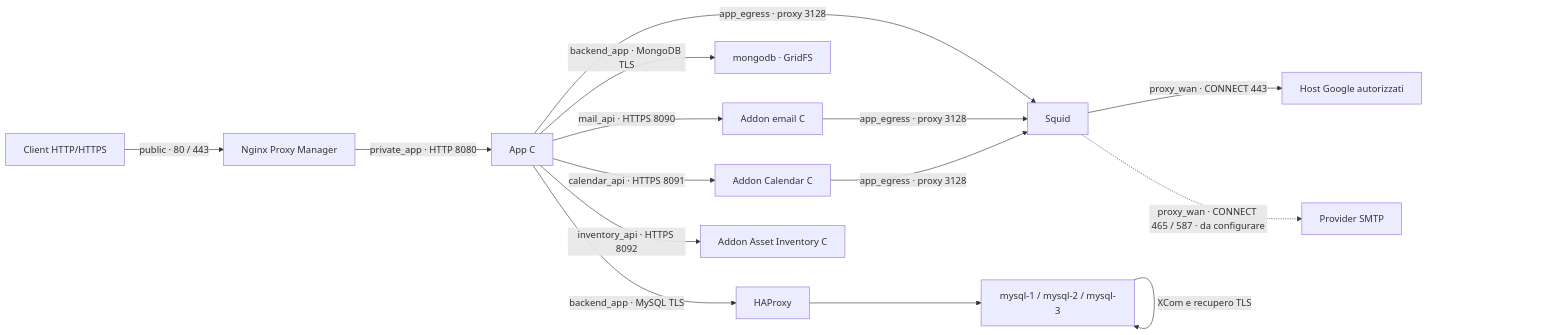
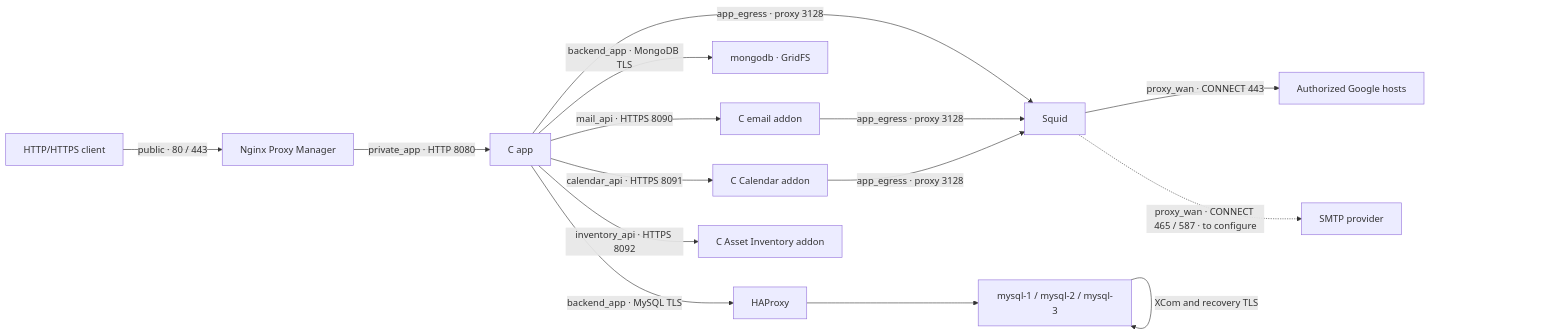
The diagram in README.md (GiorgioOppo/Project-manager), drawn with Mermaid before and after one commit. The commit also changed other lines of this file and 4 other files, not shown here.

````diff
--- a/README.md
+++ b/README.md
@@ -110,17 +112,17 @@
 ```mermaid
 flowchart LR
-  Client["Client HTTP/HTTPS"] -->|"public · 80 / 443"| NPM["Nginx Proxy Manager"]
-  NPM -->|"private_app · HTTP 8080"| App["App C"]
+  Client["HTTP/HTTPS client"] -->|"public · 80 / 443"| NPM["Nginx Proxy Manager"]
+  NPM -->|"private_app · HTTP 8080"| App["C app"]
   App -->|"backend_app · MySQL TLS"| Proxy["HAProxy"]
   Proxy --> DB["mysql-1 / mysql-2 / mysql-3"]
   App -->|"backend_app · MongoDB TLS"| Docs["mongodb · GridFS"]
-  DB -->|"XCom e recupero TLS"| DB
+  DB -->|"XCom and recovery TLS"| DB
   App -->|"app_egress · proxy 3128"| Squid["Squid"]
-  App -->|"mail_api · HTTPS 8090"| Mail["Addon email C"]
+  App -->|"mail_api · HTTPS 8090"| Mail["C email addon"]
   Mail -->|"app_egress · proxy 3128"| Squid
-  App -->|"calendar_api · HTTPS 8091"| Calendar["Addon Calendar C"]
+  App -->|"calendar_api · HTTPS 8091"| Calendar["C Calendar addon"]
   Calendar -->|"app_egress · proxy 3128"| Squid
-  App -->|"inventory_api · HTTPS 8092"| Inventory["Addon Asset Inventory C"]
-  Squid -->|"proxy_wan · CONNECT 443"| Google["Host Google autorizzati"]
-  Squid -.->|"proxy_wan · CONNECT 465 / 587 · da configurare"| SMTP["Provider SMTP"]
+  App -->|"inventory_api · HTTPS 8092"| Inventory["C Asset Inventory addon"]
+  Squid -->|"proxy_wan · CONNECT 443"| Google["Authorized Google hosts"]
+  Squid -.->|"proxy_wan · CONNECT 465 / 587 · to configure"| SMTP["SMTP provider"]
 ```
````
